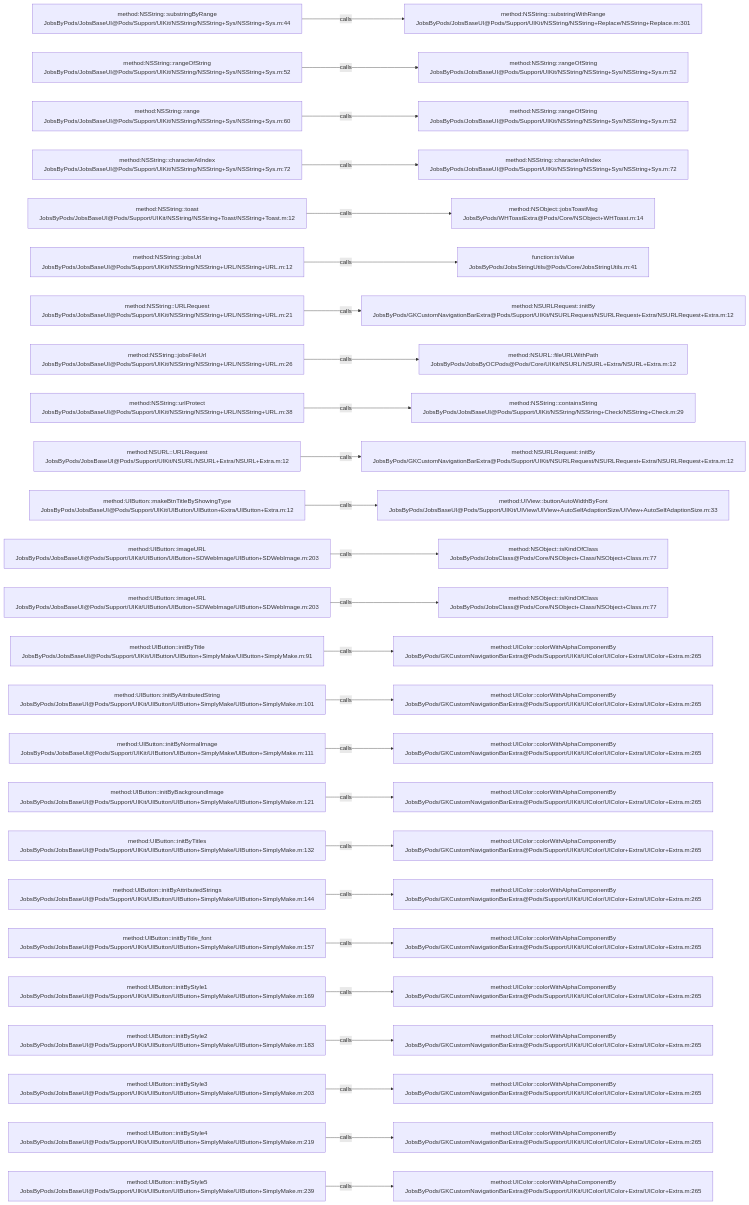
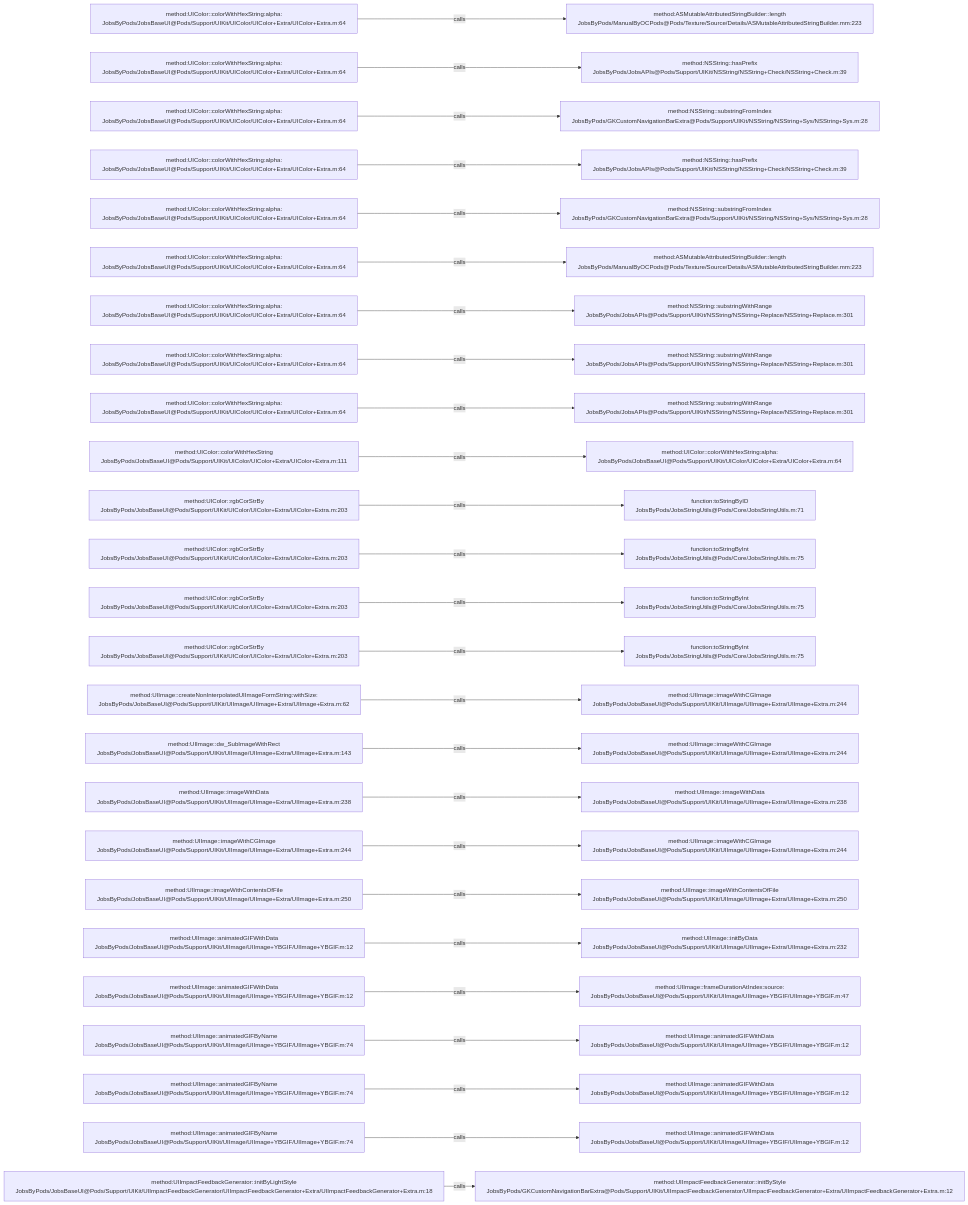
Before and after one commit to JobsKits/JobsOCBaseConfigDemo: the diagram in .codegraph/codegraph.md/graphs/calls-042.md, drawn with Mermaid. The commit also changed 639 other files, not shown here.

````diff
--- a/.codegraph/codegraph.md/graphs/calls-042.md
+++ b/.codegraph/codegraph.md/graphs/calls-042.md
@@ -13,78 +13,78 @@
 ```mermaid
 flowchart LR
-  S1["method:NSString::substringByRange<br/>JobsByPods/JobsBaseUI@Pods/Support/UIKit/NSString/NSString+Sys/NSString+Sys.m:44"]
-  T1["method:NSString::substringWithRange<br/>JobsByPods/JobsBaseUI@Pods/Support/UIKit/NSString/NSString+Replace/NSString+Replace.m:301"]
+  S1["method:UIColor::colorWithHexString:alpha:<br/>JobsByPods/JobsBaseUI@Pods/Support/UIKit/UIColor/UIColor+Extra/UIColor+Extra.m:64"]
+  T1["method:ASMutableAttributedStringBuilder::length<br/>JobsByPods/ManualByOCPods@Pods/Texture/Source/Details/ASMutableAttributedStringBuilder.mm:223"]
   S1 -->|calls| T1
-  S2["method:NSString::rangeOfString<br/>JobsByPods/JobsBaseUI@Pods/Support/UIKit/NSString/NSString+Sys/NSString+Sys.m:52"]
-  T2["method:NSString::rangeOfString<br/>JobsByPods/JobsBaseUI@Pods/Support/UIKit/NSString/NSString+Sys/NSString+Sys.m:52"]
+  S2["method:UIColor::colorWithHexString:alpha:<br/>JobsByPods/JobsBaseUI@Pods/Support/UIKit/UIColor/UIColor+Extra/UIColor+Extra.m:64"]
+  T2["method:NSString::hasPrefix<br/>JobsByPods/JobsAPIs@Pods/Support/UIKit/NSString/NSString+Check/NSString+Check.m:39"]
   S2 -->|calls| T2
-  S3["method:NSString::range<br/>JobsByPods/JobsBaseUI@Pods/Support/UIKit/NSString/NSString+Sys/NSString+Sys.m:60"]
-  T3["method:NSString::rangeOfString<br/>JobsByPods/JobsBaseUI@Pods/Support/UIKit/NSString/NSString+Sys/NSString+Sys.m:52"]
+  S3["method:UIColor::colorWithHexString:alpha:<br/>JobsByPods/JobsBaseUI@Pods/Support/UIKit/UIColor/UIColor+Extra/UIColor+Extra.m:64"]
+  T3["method:NSString::substringFromIndex<br/>JobsByPods/GKCustomNavigationBarExtra@Pods/Support/UIKit/NSString/NSString+Sys/NSString+Sys.m:28"]
   S3 -->|calls| T3
-  S4["method:NSString::characterAtIndex<br/>JobsByPods/JobsBaseUI@Pods/Support/UIKit/NSString/NSString+Sys/NSString+Sys.m:72"]
-  T4["method:NSString::characterAtIndex<br/>JobsByPods/JobsBaseUI@Pods/Support/UIKit/NSString/NSString+Sys/NSString+Sys.m:72"]
+  S4["method:UIColor::colorWithHexString:alpha:<br/>JobsByPods/JobsBaseUI@Pods/Support/UIKit/UIColor/UIColor+Extra/UIColor+Extra.m:64"]
+  T4["method:NSString::hasPrefix<br/>JobsByPods/JobsAPIs@Pods/Support/UIKit/NSString/NSString+Check/NSString+Check.m:39"]
   S4 -->|calls| T4
-  S5["method:NSString::toast<br/>JobsByPods/JobsBaseUI@Pods/Support/UIKit/NSString/NSString+Toast/NSString+Toast.m:12"]
-  T5["method:NSObject::jobsToastMsg<br/>JobsByPods/WHToastExtra@Pods/Core/NSObject+WHToast.m:14"]
+  S5["method:UIColor::colorWithHexString:alpha:<br/>JobsByPods/JobsBaseUI@Pods/Support/UIKit/UIColor/UIColor+Extra/UIColor+Extra.m:64"]
+  T5["method:NSString::substringFromIndex<br/>JobsByPods/GKCustomNavigationBarExtra@Pods/Support/UIKit/NSString/NSString+Sys/NSString+Sys.m:28"]
   S5 -->|calls| T5
-  S6["method:NSString::jobsUrl<br/>JobsByPods/JobsBaseUI@Pods/Support/UIKit/NSString/NSString+URL/NSString+URL.m:12"]
-  T6["function:isValue<br/>JobsByPods/JobsStringUtils@Pods/Core/JobsStringUtils.m:41"]
+  S6["method:UIColor::colorWithHexString:alpha:<br/>JobsByPods/JobsBaseUI@Pods/Support/UIKit/UIColor/UIColor+Extra/UIColor+Extra.m:64"]
+  T6["method:ASMutableAttributedStringBuilder::length<br/>JobsByPods/ManualByOCPods@Pods/Texture/Source/Details/ASMutableAttributedStringBuilder.mm:223"]
   S6 -->|calls| T6
-  S7["method:NSString::URLRequest<br/>JobsByPods/JobsBaseUI@Pods/Support/UIKit/NSString/NSString+URL/NSString+URL.m:21"]
-  T7["method:NSURLRequest::initBy<br/>JobsByPods/GKCustomNavigationBarExtra@Pods/Support/UIKit/NSURLRequest/NSURLRequest+Extra/NSURLRequest+Extra.m:12"]
+  S7["method:UIColor::colorWithHexString:alpha:<br/>JobsByPods/JobsBaseUI@Pods/Support/UIKit/UIColor/UIColor+Extra/UIColor+Extra.m:64"]
+  T7["method:NSString::substringWithRange<br/>JobsByPods/JobsAPIs@Pods/Support/UIKit/NSString/NSString+Replace/NSString+Replace.m:301"]
   S7 -->|calls| T7
-  S8["method:NSString::jobsFileUrl<br/>JobsByPods/JobsBaseUI@Pods/Support/UIKit/NSString/NSString+URL/NSString+URL.m:26"]
-  T8["method:NSURL::fileURLWithPath<br/>JobsByPods/JobsByOCPods@Pods/Core/UIKit/NSURL/NSURL+Extra/NSURL+Extra.m:12"]
+  S8["method:UIColor::colorWithHexString:alpha:<br/>JobsByPods/JobsBaseUI@Pods/Support/UIKit/UIColor/UIColor+Extra/UIColor+Extra.m:64"]
+  T8["method:NSString::substringWithRange<br/>JobsByPods/JobsAPIs@Pods/Support/UIKit/NSString/NSString+Replace/NSString+Replace.m:301"]
   S8 -->|calls| T8
-  S9["method:NSString::urlProtect<br/>JobsByPods/JobsBaseUI@Pods/Support/UIKit/NSString/NSString+URL/NSString+URL.m:38"]
-  T9["method:NSString::containsString<br/>JobsByPods/JobsBaseUI@Pods/Support/UIKit/NSString/NSString+Check/NSString+Check.m:29"]
+  S9["method:UIColor::colorWithHexString:alpha:<br/>JobsByPods/JobsBaseUI@Pods/Support/UIKit/UIColor/UIColor+Extra/UIColor+Extra.m:64"]
+  T9["method:NSString::substringWithRange<br/>JobsByPods/JobsAPIs@Pods/Support/UIKit/NSString/NSString+Replace/NSString+Replace.m:301"]
   S9 -->|calls| T9
-  S10["method:NSURL::URLRequest<br/>JobsByPods/JobsBaseUI@Pods/Support/UIKit/NSURL/NSURL+Extra/NSURL+Extra.m:12"]
-  T10["method:NSURLRequest::initBy<br/>JobsByPods/GKCustomNavigationBarExtra@Pods/Support/UIKit/NSURLRequest/NSURLRequest+Extra/NSURLRequest+Extra.m:12"]
+  S10["method:UIColor::colorWithHexString<br/>JobsByPods/JobsBaseUI@Pods/Support/UIKit/UIColor/UIColor+Extra/UIColor+Extra.m:111"]
+  T10["method:UIColor::colorWithHexString:alpha:<br/>JobsByPods/JobsBaseUI@Pods/Support/UIKit/UIColor/UIColor+Extra/UIColor+Extra.m:64"]
   S10 -->|calls| T10
-  S11["method:UIButton::makeBtnTitleByShowingType<br/>JobsByPods/JobsBaseUI@Pods/Support/UIKit/UIButton/UIButton+Extra/UIButton+Extra.m:12"]
-  T11["method:UIView::buttonAutoWidthByFont<br/>JobsByPods/JobsBaseUI@Pods/Support/UIKit/UIView/UIView+AutoSelfAdaptionSize/UIView+AutoSelfAdaptionSize.m:33"]
+  S11["method:UIColor::rgbCorStrBy<br/>JobsByPods/JobsBaseUI@Pods/Support/UIKit/UIColor/UIColor+Extra/UIColor+Extra.m:203"]
+  T11["function:toStringByID<br/>JobsByPods/JobsStringUtils@Pods/Core/JobsStringUtils.m:71"]
   S11 -->|calls| T11
-  S12["method:UIButton::imageURL<br/>JobsByPods/JobsBaseUI@Pods/Support/UIKit/UIButton/UIButton+SDWebImage/UIButton+SDWebImage.m:203"]
-  T12["method:NSObject::isKindOfClass<br/>JobsByPods/JobsClass@Pods/Core/NSObject+Class/NSObject+Class.m:77"]
+  S12["method:UIColor::rgbCorStrBy<br/>JobsByPods/JobsBaseUI@Pods/Support/UIKit/UIColor/UIColor+Extra/UIColor+Extra.m:203"]
+  T12["function:toStringByInt<br/>JobsByPods/JobsStringUtils@Pods/Core/JobsStringUtils.m:75"]
   S12 -->|calls| T12
-  S13["method:UIButton::imageURL<br/>JobsByPods/JobsBaseUI@Pods/Support/UIKit/UIButton/UIButton+SDWebImage/UIButton+SDWebImage.m:203"]
-  T13["method:NSObject::isKindOfClass<br/>JobsByPods/JobsClass@Pods/Core/NSObject+Class/NSObject+Class.m:77"]
+  S13["method:UIColor::rgbCorStrBy<br/>JobsByPods/JobsBaseUI@Pods/Support/UIKit/UIColor/UIColor+Extra/UIColor+Extra.m:203"]
+  T13["function:toStringByInt<br/>JobsByPods/JobsStringUtils@Pods/Core/JobsStringUtils.m:75"]
   S13 -->|calls| T13
-  S14["method:UIButton::initByTitle<br/>JobsByPods/JobsBaseUI@Pods/Support/UIKit/UIButton/UIButton+SimplyMake/UIButton+SimplyMake.m:91"]
-  T14["method:UIColor::colorWithAlphaComponentBy<br/>JobsByPods/GKCustomNavigationBarExtra@Pods/Support/UIKit/UIColor/UIColor+Extra/UIColor+Extra.m:265"]
+  S14["method:UIColor::rgbCorStrBy<br/>JobsByPods/JobsBaseUI@Pods/Support/UIKit/UIColor/UIColor+Extra/UIColor+Extra.m:203"]
+  T14["function:toStringByInt<br/>JobsByPods/JobsStringUtils@Pods/Core/JobsStringUtils.m:75"]
   S14 -->|calls| T14
-  S15["method:UIButton::initByAttributedString<br/>JobsByPods/JobsBaseUI@Pods/Support/UIKit/UIButton/UIButton+SimplyMake/UIButton+SimplyMake.m:101"]
-  T15["method:UIColor::colorWithAlphaComponentBy<br/>JobsByPods/GKCustomNavigationBarExtra@Pods/Support/UIKit/UIColor/UIColor+Extra/UIColor+Extra.m:265"]
+  S15["method:UIImage::createNonInterpolatedUIImageFormString:withSize:<br/>JobsByPods/JobsBaseUI@Pods/Support/UIKit/UIImage/UIImage+Extra/UIImage+Extra.m:62"]
+  T15["method:UIImage::imageWithCGImage<br/>JobsByPods/JobsBaseUI@Pods/Support/UIKit/UIImage/UIImage+Extra/UIImage+Extra.m:244"]
   S15 -->|calls| T15
-  S16["method:UIButton::initByNormalImage<br/>JobsByPods/JobsBaseUI@Pods/Support/UIKit/UIButton/UIButton+SimplyMake/UIButton+SimplyMake.m:111"]
-  T16["method:UIColor::colorWithAlphaComponentBy<br/>JobsByPods/GKCustomNavigationBarExtra@Pods/Support/UIKit/UIColor/UIColor+Extra/UIColor+Extra.m:265"]
+  S16["method:UIImage::dw_SubImageWithRect<br/>JobsByPods/JobsBaseUI@Pods/Support/UIKit/UIImage/UIImage+Extra/UIImage+Extra.m:143"]
+  T16["method:UIImage::imageWithCGImage<br/>JobsByPods/JobsBaseUI@Pods/Support/UIKit/UIImage/UIImage+Extra/UIImage+Extra.m:244"]
   S16 -->|calls| T16
-  S17["method:UIButton::initByBackgroundImage<br/>JobsByPods/JobsBaseUI@Pods/Support/UIKit/UIButton/UIButton+SimplyMake/UIButton+SimplyMake.m:121"]
-  T17["method:UIColor::colorWithAlphaComponentBy<br/>JobsByPods/GKCustomNavigationBarExtra@Pods/Support/UIKit/UIColor/UIColor+Extra/UIColor+Extra.m:265"]
+  S17["method:UIImage::imageWithData<br/>JobsByPods/JobsBaseUI@Pods/Support/UIKit/UIImage/UIImage+Extra/UIImage+Extra.m:238"]
+  T17["method:UIImage::imageWithData<br/>JobsByPods/JobsBaseUI@Pods/Support/UIKit/UIImage/UIImage+Extra/UIImage+Extra.m:238"]
   S17 -->|calls| T17
-  S18["method:UIButton::initByTitles<br/>JobsByPods/JobsBaseUI@Pods/Support/UIKit/UIButton/UIButton+SimplyMake/UIButton+SimplyMake.m:132"]
-  T18["method:UIColor::colorWithAlphaComponentBy<br/>JobsByPods/GKCustomNavigationBarExtra@Pods/Support/UIKit/UIColor/UIColor+Extra/UIColor+Extra.m:265"]
+  S18["method:UIImage::imageWithCGImage<br/>JobsByPods/JobsBaseUI@Pods/Support/UIKit/UIImage/UIImage+Extra/UIImage+Extra.m:244"]
+  T18["method:UIImage::imageWithCGImage<br/>JobsByPods/JobsBaseUI@Pods/Support/UIKit/UIImage/UIImage+Extra/UIImage+Extra.m:244"]
   S18 -->|calls| T18
-  S19["method:UIButton::initByAttributedStrings<br/>JobsByPods/JobsBaseUI@Pods/Support/UIKit/UIButton/UIButton+SimplyMake/UIButton+SimplyMake.m:144"]
-  T19["method:UIColor::colorWithAlphaComponentBy<br/>JobsByPods/GKCustomNavigationBarExtra@Pods/Support/UIKit/UIColor/UIColor+Extra/UIColor+Extra.m:265"]
+  S19["method:UIImage::imageWithContentsOfFile<br/>JobsByPods/JobsBaseUI@Pods/Support/UIKit/UIImage/UIImage+Extra/UIImage+Extra.m:250"]
+  T19["method:UIImage::imageWithContentsOfFile<br/>JobsByPods/JobsBaseUI@Pods/Support/UIKit/UIImage/UIImage+Extra/UIImage+Extra.m:250"]
   S19 -->|calls| T19
-  S20["method:UIButton::initByTitle_font<br/>JobsByPods/JobsBaseUI@Pods/Support/UIKit/UIButton/UIButton+SimplyMake/UIButton+SimplyMake.m:157"]
-  T20["method:UIColor::colorWithAlphaComponentBy<br/>JobsByPods/GKCustomNavigationBarExtra@Pods/Support/UIKit/UIColor/UIColor+Extra/UIColor+Extra.m:265"]
+  S20["method:UIImage::animatedGIFWithData<br/>JobsByPods/JobsBaseUI@Pods/Support/UIKit/UIImage/UIImage+YBGIF/UIImage+YBGIF.m:12"]
+  T20["method:UIImage::initByData<br/>JobsByPods/JobsBaseUI@Pods/Support/UIKit/UIImage/UIImage+Extra/UIImage+Extra.m:232"]
   S20 -->|calls| T20
-  S21["method:UIButton::initByStyle1<br/>JobsByPods/JobsBaseUI@Pods/Support/UIKit/UIButton/UIButton+SimplyMake/UIButton+SimplyMake.m:169"]
-  T21["method:UIColor::colorWithAlphaComponentBy<br/>JobsByPods/GKCustomNavigationBarExtra@Pods/Support/UIKit/UIColor/UIColor+Extra/UIColor+Extra.m:265"]
+  S21["method:UIImage::animatedGIFWithData<br/>JobsByPods/JobsBaseUI@Pods/Support/UIKit/UIImage/UIImage+YBGIF/UIImage+YBGIF.m:12"]
+  T21["method:UIImage::frameDurationAtIndex:source:<br/>JobsByPods/JobsBaseUI@Pods/Support/UIKit/UIImage/UIImage+YBGIF/UIImage+YBGIF.m:47"]
   S21 -->|calls| T21
-  S22["method:UIButton::initByStyle2<br/>JobsByPods/JobsBaseUI@Pods/Support/UIKit/UIButton/UIButton+SimplyMake/UIButton+SimplyMake.m:183"]
-  T22["method:UIColor::colorWithAlphaComponentBy<br/>JobsByPods/GKCustomNavigationBarExtra@Pods/Support/UIKit/UIColor/UIColor+Extra/UIColor+Extra.m:265"]
+  S22["method:UIImage::animatedGIFByName<br/>JobsByPods/JobsBaseUI@Pods/Support/UIKit/UIImage/UIImage+YBGIF/UIImage+YBGIF.m:74"]
+  T22["method:UIImage::animatedGIFWithData<br/>JobsByPods/JobsBaseUI@Pods/Support/UIKit/UIImage/UIImage+YBGIF/UIImage+YBGIF.m:12"]
   S22 -->|calls| T22
-  S23["method:UIButton::initByStyle3<br/>JobsByPods/JobsBaseUI@Pods/Support/UIKit/UIButton/UIButton+SimplyMake/UIButton+SimplyMake.m:203"]
-  T23["method:UIColor::colorWithAlphaComponentBy<br/>JobsByPods/GKCustomNavigationBarExtra@Pods/Support/UIKit/UIColor/UIColor+Extra/UIColor+Extra.m:265"]
+  S23["method:UIImage::animatedGIFByName<br/>JobsByPods/JobsBaseUI@Pods/Support/UIKit/UIImage/UIImage+YBGIF/UIImage+YBGIF.m:74"]
+  T23["method:UIImage::animatedGIFWithData<br/>JobsByPods/JobsBaseUI@Pods/Support/UIKit/UIImage/UIImage+YBGIF/UIImage+YBGIF.m:12"]
   S23 -->|calls| T23
-  S24["method:UIButton::initByStyle4<br/>JobsByPods/JobsBaseUI@Pods/Support/UIKit/UIButton/UIButton+SimplyMake/UIButton+SimplyMake.m:219"]
-  T24["method:UIColor::colorWithAlphaComponentBy<br/>JobsByPods/GKCustomNavigationBarExtra@Pods/Support/UIKit/UIColor/UIColor+Extra/UIColor+Extra.m:265"]
+  S24["method:UIImage::animatedGIFByName<br/>JobsByPods/JobsBaseUI@Pods/Support/UIKit/UIImage/UIImage+YBGIF/UIImage+YBGIF.m:74"]
+  T24["method:UIImage::animatedGIFWithData<br/>JobsByPods/JobsBaseUI@Pods/Support/UIKit/UIImage/UIImage+YBGIF/UIImage+YBGIF.m:12"]
   S24 -->|calls| T24
-  S25["method:UIButton::initByStyle5<br/>JobsByPods/JobsBaseUI@Pods/Support/UIKit/UIButton/UIButton+SimplyMake/UIButton+SimplyMake.m:239"]
-  T25["method:UIColor::colorWithAlphaComponentBy<br/>JobsByPods/GKCustomNavigationBarExtra@Pods/Support/UIKit/UIColor/UIColor+Extra/UIColor+Extra.m:265"]
+  S25["method:UIImpactFeedbackGenerator::initByLightStyle<br/>JobsByPods/JobsBaseUI@Pods/Support/UIKit/UIImpactFeedbackGenerator/UIImpactFeedbackGenerator+Extra/UIImpactFeedbackGenerator+Extra.m:18"]
+  T25["method:UIImpactFeedbackGenerator::initByStyle<br/>JobsByPods/GKCustomNavigationBarExtra@Pods/Support/UIKit/UIImpactFeedbackGenerator/UIImpactFeedbackGenerator+Extra/UIImpactFeedbackGenerator+Extra.m:12"]
   S25 -->|calls| T25
 ```
````
